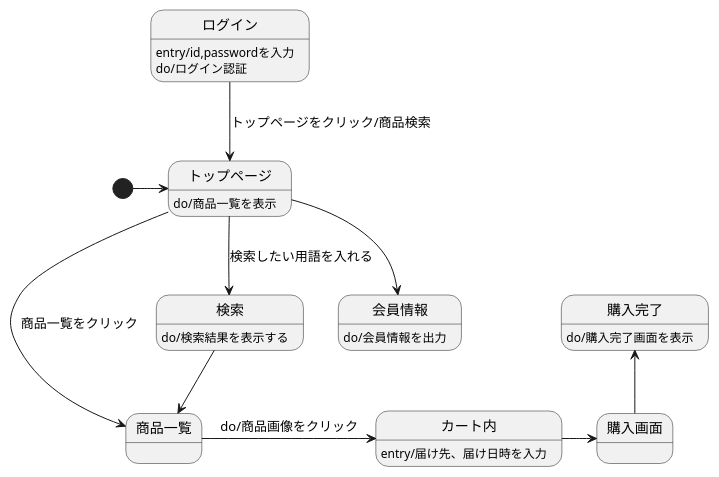
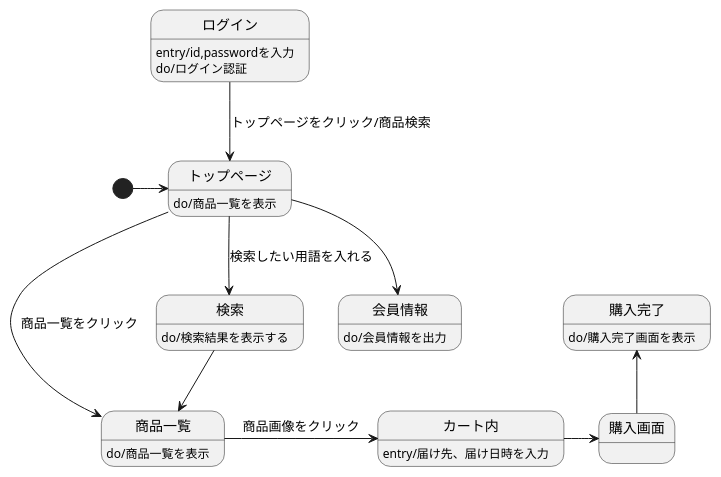
The diagram in 画面遷移図(original).md (Aso2001224/2021sys-design), drawn with PlantUML before and after one commit.

````diff
--- a/画面遷移図(original).md
+++ b/画面遷移図(original).md
@@ -1,20 +1,21 @@
 ```uml
 @startuml
 [*]->トップページ
 トップページ:do/商品一覧を表示
 ログイン-->トップページ:トップページをクリック/商品検索
 ログイン:entry/id,passwordを入力
 ログイン:do/ログイン認証
 トップページ-->会員情報
 会員情報:do/会員情報を出力
 トップページ-->検索 :検索したい用語を入れる
 検索:do/検索結果を表示する
 トップページ-->商品一覧 :商品一覧をクリック
 検索-->商品一覧
-商品一覧-right->カート内: do/商品画像をクリック
+商品一覧:do/商品一覧を表示
+商品一覧-right->カート内: 商品画像をクリック
 カート内-right-> 購入画面
 カート内:entry/届け先、届け日時を入力
 購入画面-up->購入完了
 購入完了:do/購入完了画面を表示
 @enduml
 ```
````
